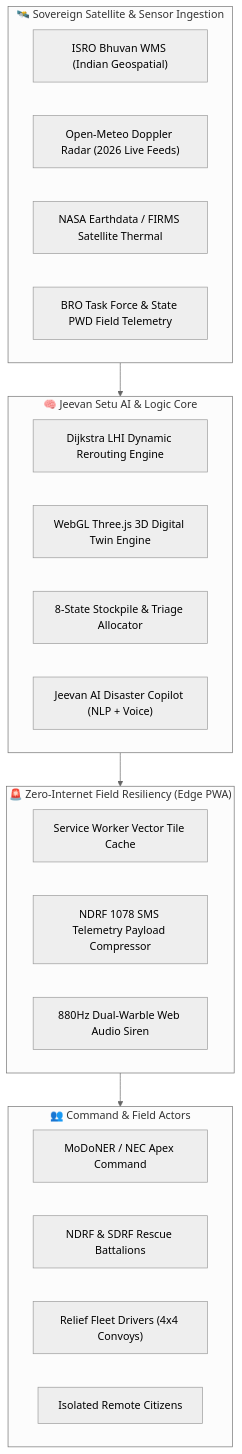
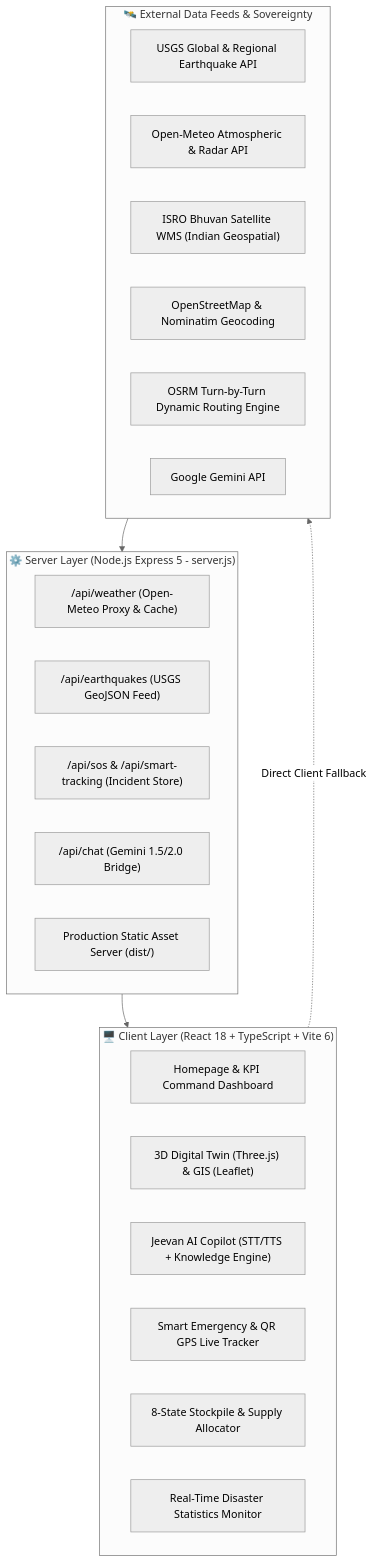
Before and after one commit to pragyakatiyar73-cyber/Jeevan-setu: the second of 2 diagrams in README.md, drawn with Mermaid (neutral theme). The commit also changed other lines of this file and 3 other files, not shown here.

Commit message:
docs: update README with accurate real-time architecture, AI knowledge engine, smart tracking, and deployment guide

````diff
--- a/README.md
+++ b/README.md
@@ -119,33 +169,32 @@
 ```mermaid
 flowchart TD
-    subgraph SENSORS ["🛰️ Sovereign Satellite & Sensor Ingestion"]
-        S1["ISRO Bhuvan WMS (Indian Geospatial)"]
-        S2["Open-Meteo Doppler Radar (2026 Live Feeds)"]
-        S3["NASA Earthdata / FIRMS Satellite Thermal"]
-        S4["BRO Task Force & State PWD Field Telemetry"]
+    subgraph CLIENT ["🖥️ Client Layer (React 18 + TypeScript + Vite 6)"]
+        UI_Home["Homepage & KPI Command Dashboard"]
+        UI_Map3D["3D Digital Twin (Three.js) & GIS (Leaflet)"]
+        UI_AI["Jeevan AI Copilot (STT/TTS + Knowledge Engine)"]
+        UI_Track["Smart Emergency & QR GPS Live Tracker"]
+        UI_Stock["8-State Stockpile & Supply Allocator"]
+        UI_Stats["Real-Time Disaster Statistics Monitor"]
     end
 
-    subgraph CORE ["🧠 Jeevan Setu AI & Logic Core"]
-        C1["Dijkstra LHI Dynamic Rerouting Engine"]
-        C2["WebGL Three.js 3D Digital Twin Engine"]
-        C3["8-State Stockpile & Triage Allocator"]
-        C4["Jeevan AI Disaster Copilot (NLP + Voice)"]
+    subgraph SERVER ["⚙️ Server Layer (Node.js Express 5 - server.js)"]
+        API_Weather["/api/weather (Open-Meteo Proxy & Cache)"]
+        API_Quake["/api/earthquakes (USGS GeoJSON Feed)"]
+        API_SOS["/api/sos & /api/smart-tracking (Incident Store)"]
+        API_Chat["/api/chat (Gemini 1.5/2.0 Bridge)"]
+        API_Static["Production Static Asset Server (dist/)"]
     end
 
-    subgraph OFFLINE ["🚨 Zero-Internet Field Resiliency (Edge PWA)"]
-        O1["Service Worker Vector Tile Cache"]
-        O2["NDRF 1078 SMS Telemetry Payload Compressor"]
-        O3["880Hz Dual-Warble Web Audio Siren"]
+    subgraph DATA_SOURCES ["🛰️ External Data Feeds & Sovereignty"]
+        USGS["USGS Global & Regional Earthquake API"]
+        OpenMeteo["Open-Meteo Atmospheric & Radar API"]
+        Bhuvan["ISRO Bhuvan Satellite WMS (Indian Geospatial)"]
+        OSM["OpenStreetMap & Nominatim Geocoding"]
+        OSRM["OSRM Turn-by-Turn Dynamic Routing Engine"]
+        Gemini["Google Gemini API"]
     end
 
-    subgraph USERS ["👥 Command & Field Actors"]
-        U1["MoDoNER / NEC Apex Command"]
-        U2["NDRF & SDRF Rescue Battalions"]
-        U3["Relief Fleet Drivers (4x4 Convoys)"]
-        U4["Isolated Remote Citizens"]
-    end
-
-    SENSORS --> CORE
-    CORE --> OFFLINE
-    OFFLINE --> USERS
+    DATA_SOURCES --> SERVER
+    SERVER --> CLIENT
+    CLIENT -. Direct Client Fallback .-> DATA_SOURCES
 ```
````
